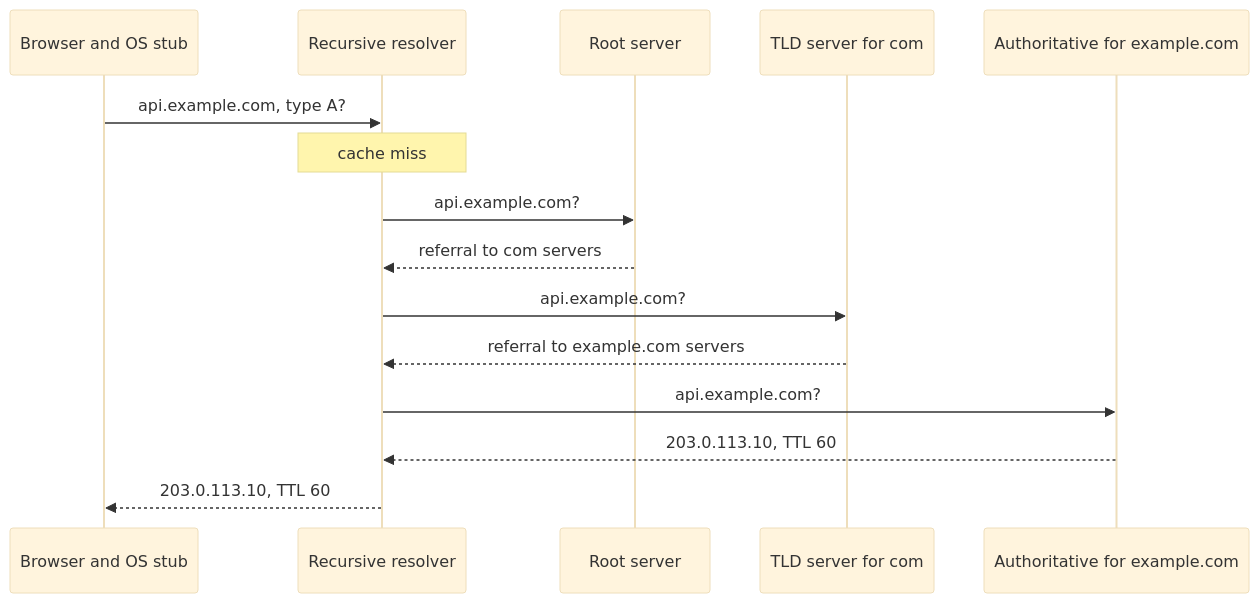
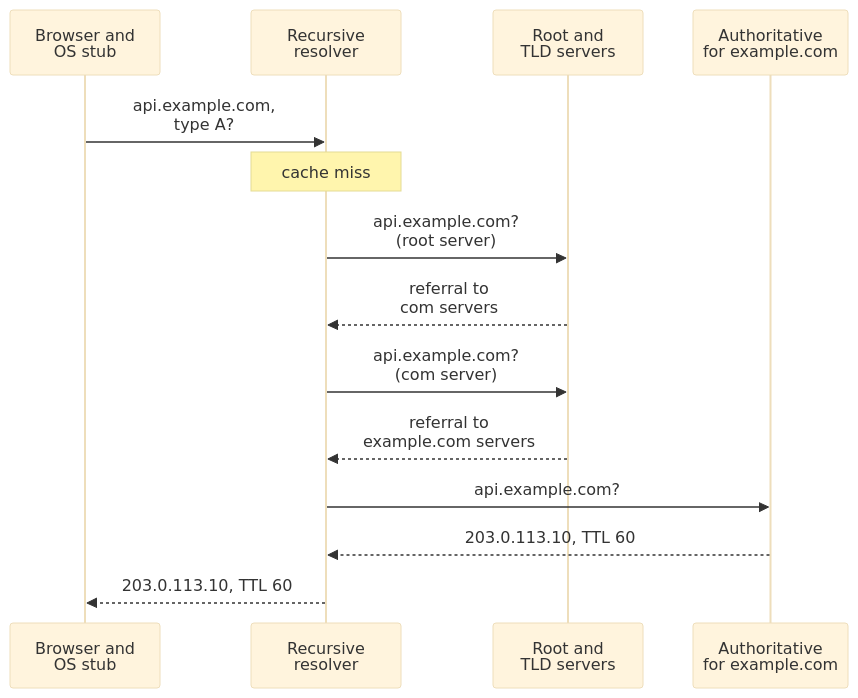
Before and after one commit to butyavk/system-design: the first of 2 diagrams in src/content/docs/traffic/dns.mdx, drawn with Mermaid (base theme). The commit also changed other lines of this file and 144 other files, not shown here.

````diff
--- a/src/content/docs/traffic/dns.mdx
+++ b/src/content/docs/traffic/dns.mdx
@@ -28,17 +28,16 @@
 ```mermaid
 sequenceDiagram
-  participant B as Browser and OS stub
-  participant R as Recursive resolver
-  participant Root as Root server
-  participant T as TLD server for com
-  participant A as Authoritative for example.com
-  B->>R: api.example.com, type A?
+  participant B as Browser and<br/>OS stub
+  participant R as Recursive<br/>resolver
+  participant N as Root and<br/>TLD servers
+  participant A as Authoritative<br/>for example.com
+  B->>R: api.example.com,<br/>type A?
   Note over R: cache miss
-  R->>Root: api.example.com?
-  Root-->>R: referral to com servers
-  R->>T: api.example.com?
-  T-->>R: referral to example.com servers
+  R->>N: api.example.com?<br/>(root server)
+  N-->>R: referral to<br/>com servers
+  R->>N: api.example.com?<br/>(com server)
+  N-->>R: referral to<br/>example.com servers
   R->>A: api.example.com?
   A-->>R: 203.0.113.10, TTL 60
   R-->>B: 203.0.113.10, TTL 60
 ```
````
